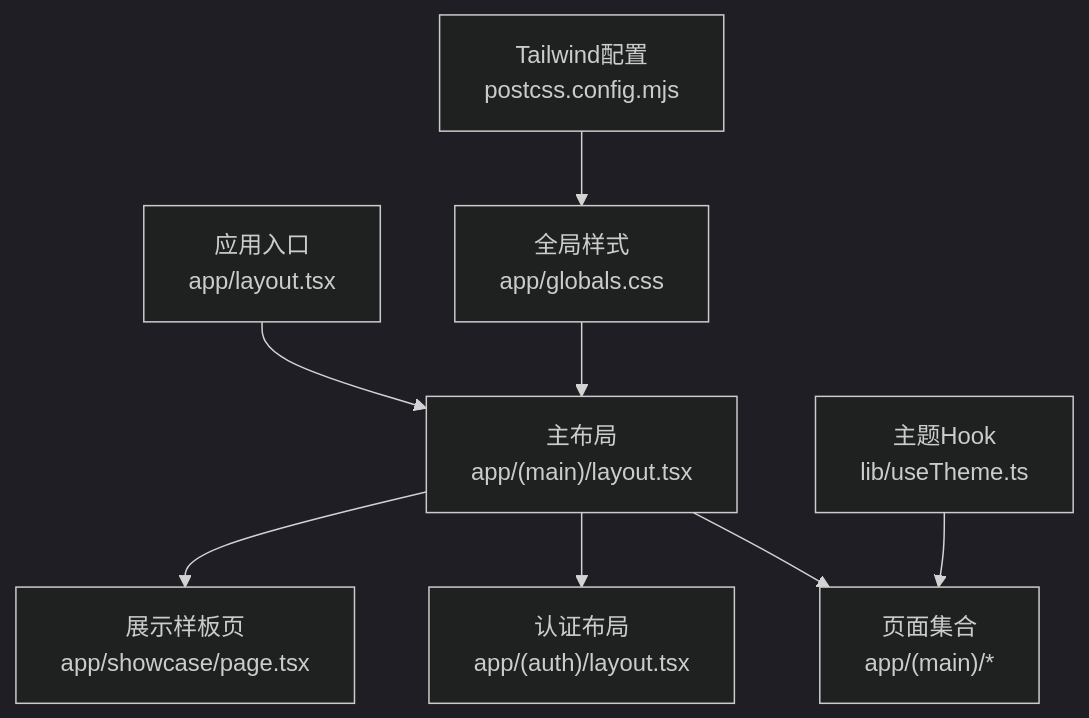
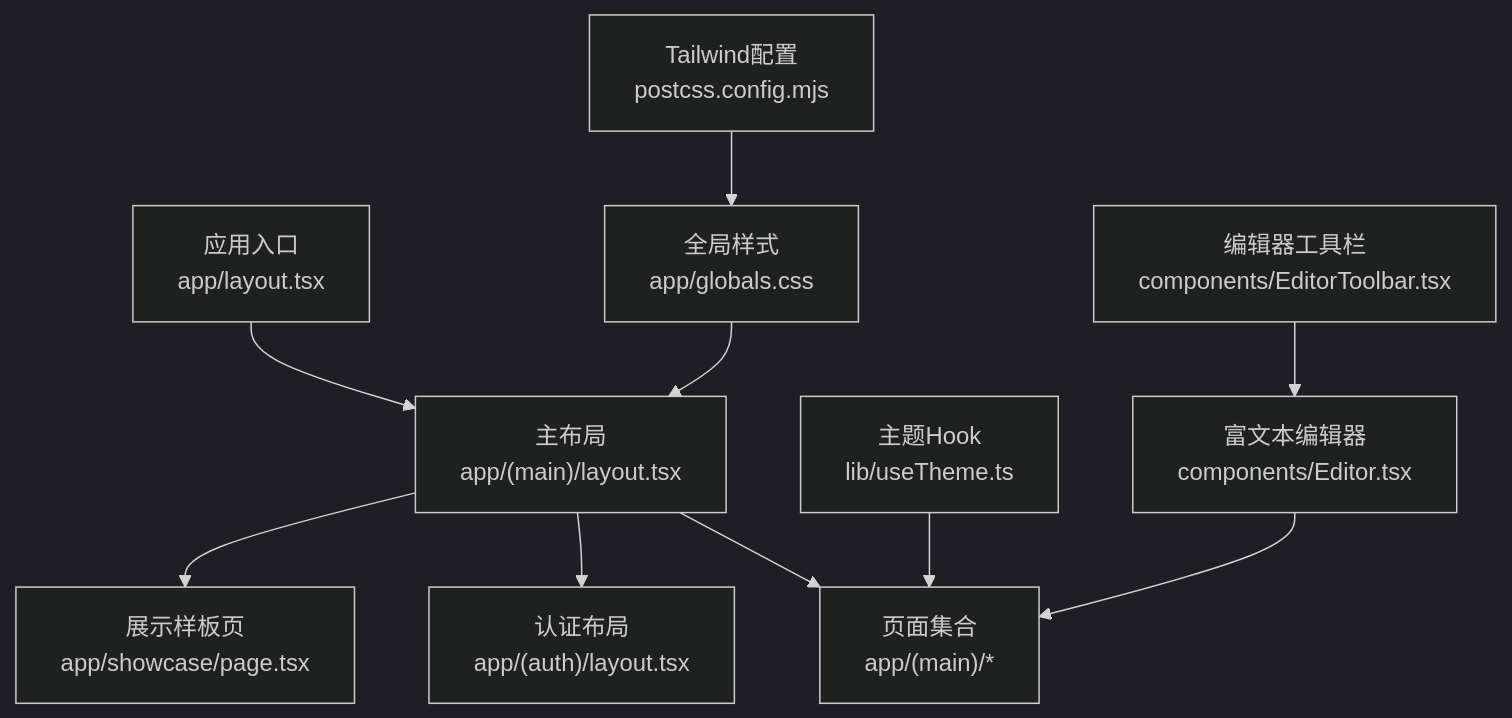
One commit to kangkang919/xinya changed the first of 4 diagrams in .qoder/repowiki/zh/content/设计文档/UI设计规范.md. Above: the diagram before and after it, drawn with Mermaid (dark theme). The commit also changed other lines of this file and 27 other files, not shown here.

````diff
--- a/.qoder/repowiki/zh/content/设计文档/UI设计规范.md
+++ b/.qoder/repowiki/zh/content/设计文档/UI设计规范.md
@@ -34,10 +47,12 @@
 ```mermaid
 graph TB
 A["应用入口<br/>app/layout.tsx"] --> B["主布局<br/>app/(main)/layout.tsx"]
 B --> C["页面集合<br/>app/(main)/*"]
 B --> D["认证布局<br/>app/(auth)/layout.tsx"]
 B --> E["展示样板页<br/>app/showcase/page.tsx"]
 F["全局样式<br/>app/globals.css"] --> B
 G["主题Hook<br/>lib/useTheme.ts"] --> C
 H["Tailwind配置<br/>postcss.config.mjs"] --> F
+I["富文本编辑器<br/>components/Editor.tsx"] --> C
+J["编辑器工具栏<br/>components/EditorToolbar.tsx"] --> I
 ```
````
